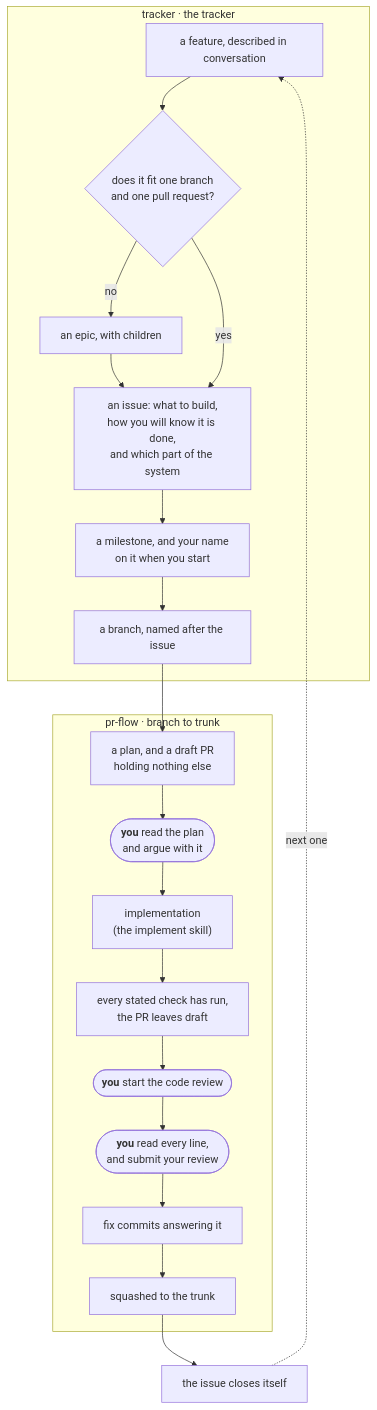
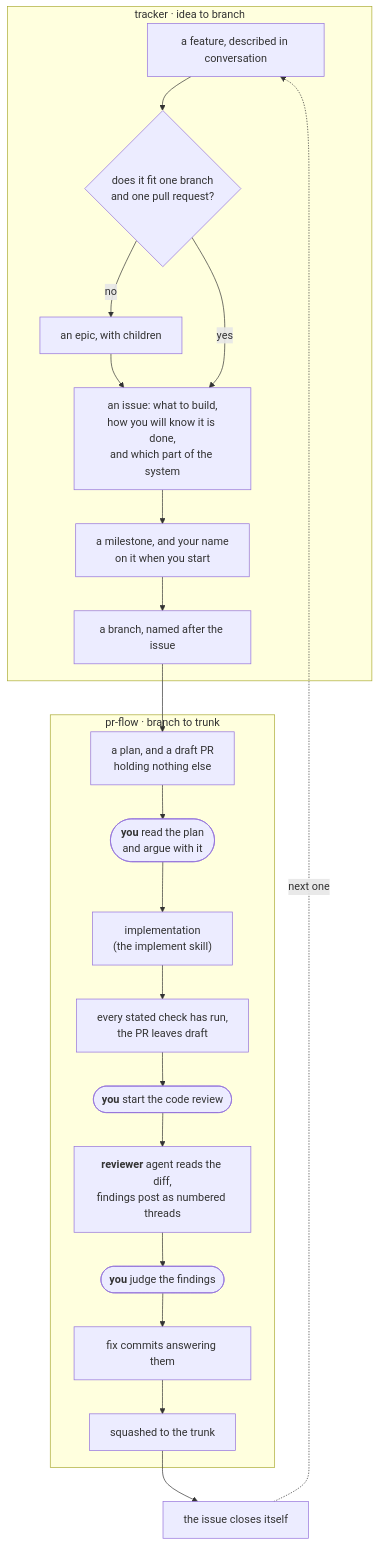
Before and after one commit to izkreny/agentifico: the diagram in plugins/gh-solo/skills/tracker/README.md, drawn with Mermaid. The commit also changed other lines of this file and 36 other files, not shown here.

````diff
--- a/plugins/gh-solo/skills/tracker/README.md
+++ b/plugins/gh-solo/skills/tracker/README.md
@@ -15,25 +26,26 @@
 ```mermaid
 flowchart TD
-    subgraph tracker["tracker · the tracker"]
+    subgraph tracker["tracker · idea to branch"]
         A["a feature, described in conversation"] --> B{"does it fit one branch<br/>and one pull request?"}
         B -->|"no"| C["an epic, with children"]
         C --> D["an issue: what to build,<br/>how you will know it is done,<br/>and which part of the system"]
         B -->|"yes"| D
         D --> E["a milestone, and your name<br/>on it when you start"]
         E --> F["a branch, named after the issue"]
     end
 
     subgraph prflow["pr-flow · branch to trunk"]
         F --> G["a plan, and a draft PR<br/>holding nothing else"]
         G --> STOP(["<b>you</b> read the plan<br/>and argue with it"])
         STOP --> H["implementation<br/>(the implement skill)"]
         H --> I["every stated check has run,<br/>the PR leaves draft"]
         I --> J(["<b>you</b> start the code review"])
-        J --> K(["<b>you</b> read every line,<br/>and submit your review"])
-        K --> L["fix commits answering it"]
+        J --> K["<b>reviewer</b> agent reads the diff,<br/>findings post as numbered threads"]
+        K --> K2(["<b>you</b> judge the findings"])
+        K2 --> L["fix commits answering them"]
         L --> M["squashed to the trunk"]
     end
 
     M --> N["the issue closes itself"]
     N -.->|"next one"| A
 ```
````
